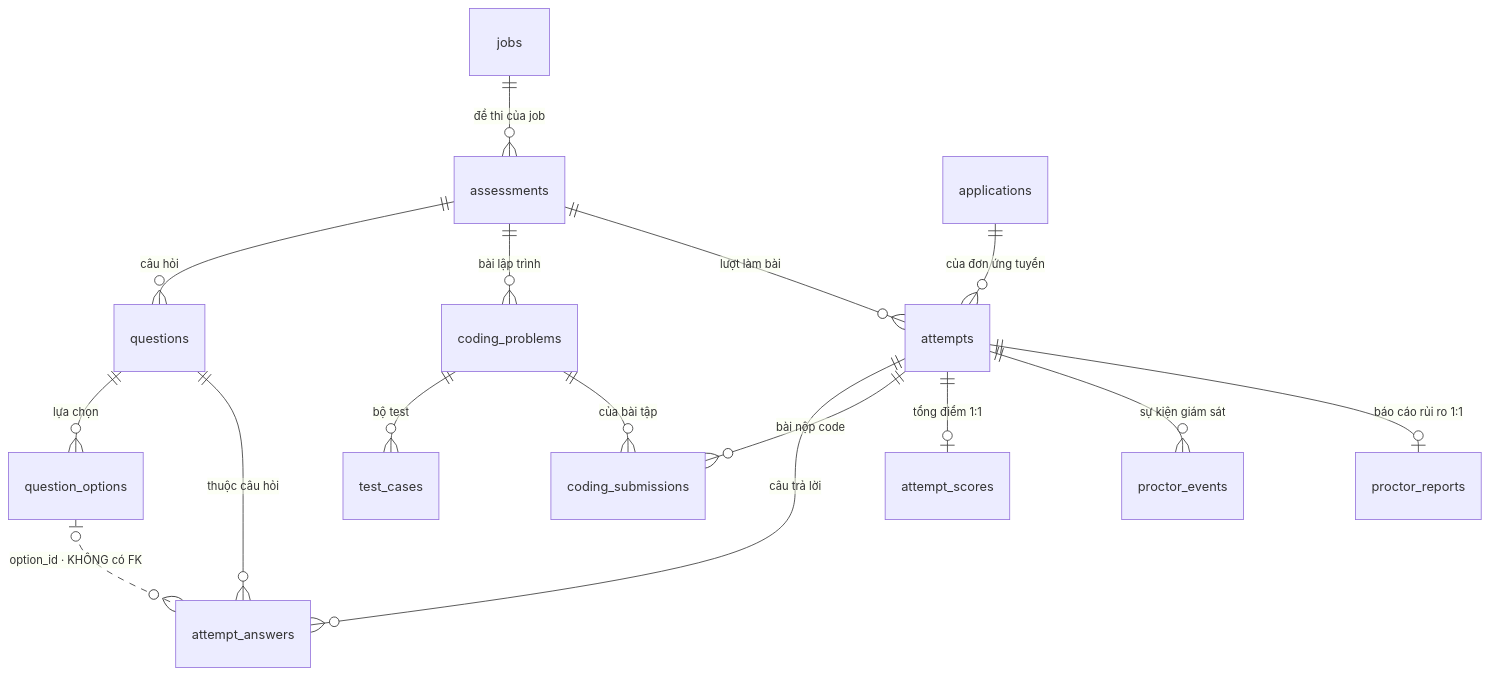
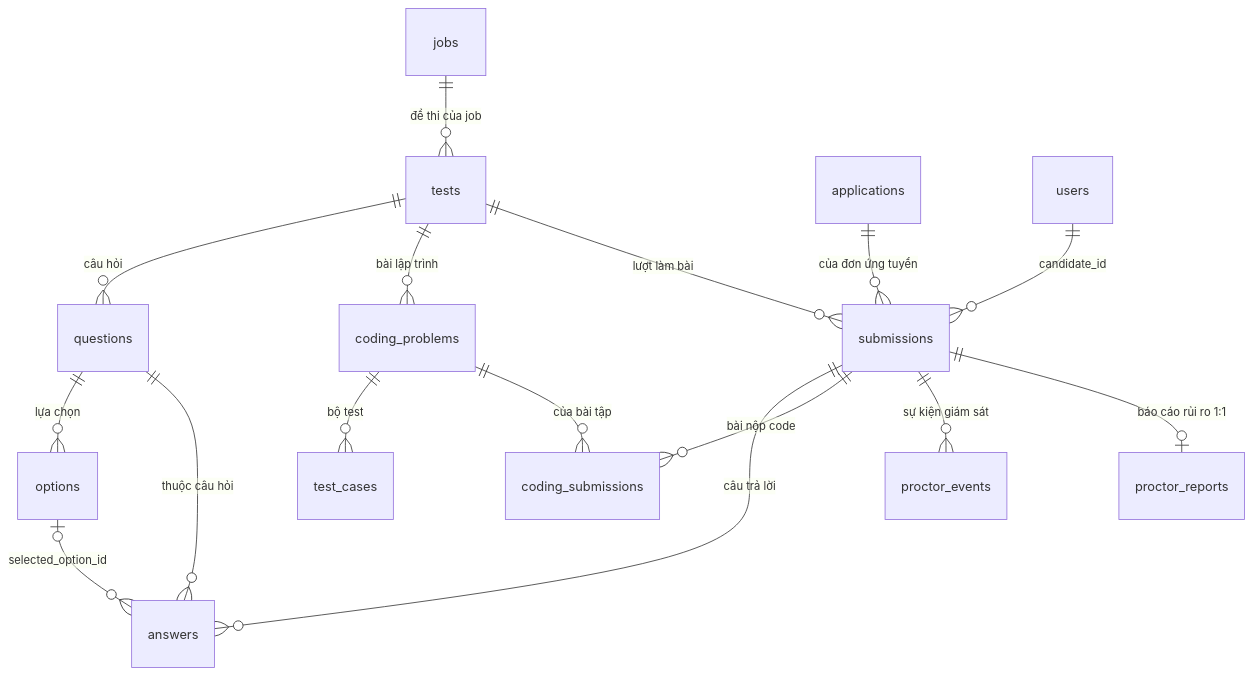
The seventh of 11 diagrams in docs/database/README.md (hieupnh12/SmartHire-AI), drawn with Mermaid before and after one commit. The commit also changed other lines of this file and 59 other files, not shown here.

````diff
--- a/docs/database/README.md
+++ b/docs/database/README.md
@@ -418,22 +424,22 @@
 ```mermaid
 erDiagram
-    jobs ||--o{ assessments : "đề thi của job"
-    assessments ||--o{ questions : "câu hỏi"
-    questions ||--o{ question_options : "lựa chọn"
-    assessments ||--o{ coding_problems : "bài lập trình"
+    jobs ||--o{ tests : "đề thi của job"
+    tests ||--o{ questions : "câu hỏi"
+    questions ||--o{ options : "lựa chọn"
+    tests ||--o{ coding_problems : "bài lập trình"
     coding_problems ||--o{ test_cases : "bộ test"
 
-    assessments ||--o{ attempts : "lượt làm bài"
-    applications ||--o{ attempts : "của đơn ứng tuyển"
+    tests ||--o{ submissions : "lượt làm bài"
+    applications ||--o{ submissions : "của đơn ứng tuyển"
+    users ||--o{ submissions : "candidate_id"
 
-    attempts ||--o{ attempt_answers : "câu trả lời"
-    questions ||--o{ attempt_answers : "thuộc câu hỏi"
-    question_options |o..o{ attempt_answers : "option_id · KHÔNG có FK"
+    submissions ||--o{ answers : "câu trả lời"
+    questions ||--o{ answers : "thuộc câu hỏi"
+    options |o--o{ answers : "selected_option_id"
 
-    attempts ||--o{ coding_submissions : "bài nộp code"
+    submissions ||--o{ coding_submissions : "bài nộp code"
     coding_problems ||--o{ coding_submissions : "của bài tập"
 
-    attempts ||--o| attempt_scores : "tổng điểm 1:1"
-    attempts ||--o{ proctor_events : "sự kiện giám sát"
-    attempts ||--o| proctor_reports : "báo cáo rủi ro 1:1"
+    submissions ||--o{ proctor_events : "sự kiện giám sát"
+    submissions ||--o| proctor_reports : "báo cáo rủi ro 1:1"
 ```
````
